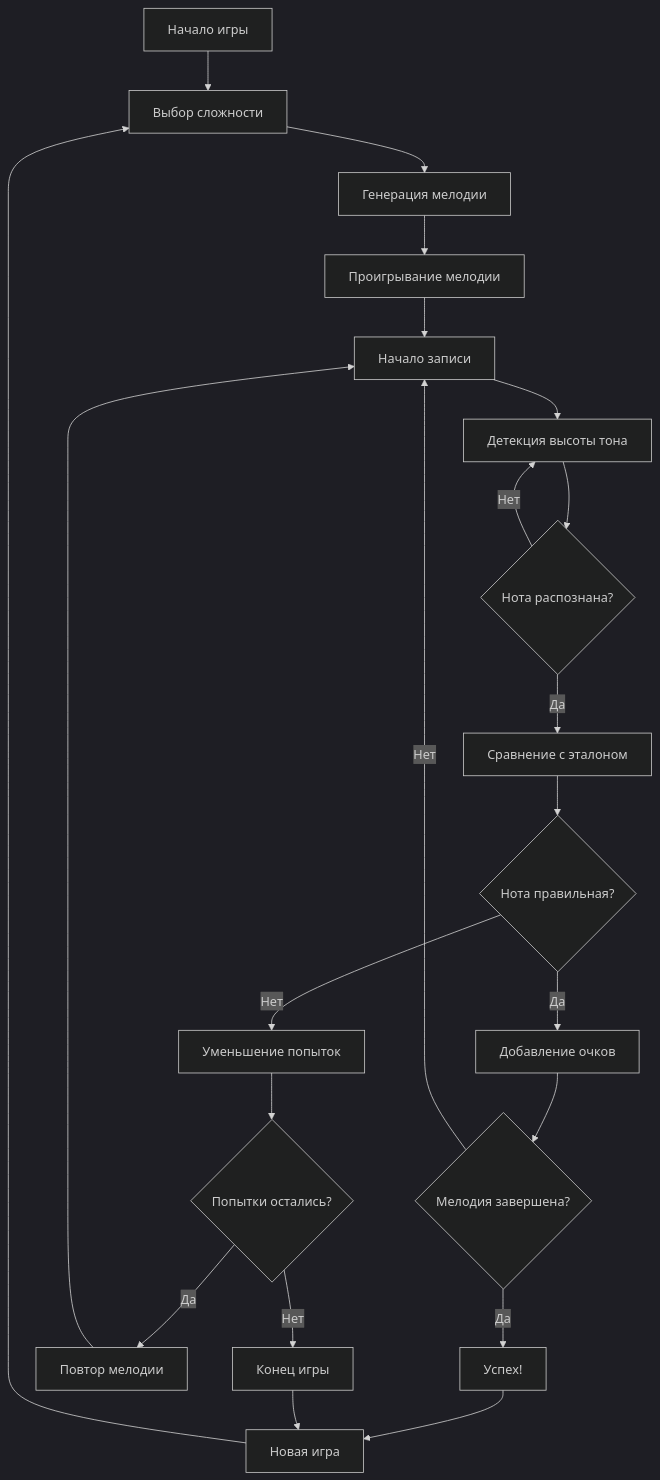
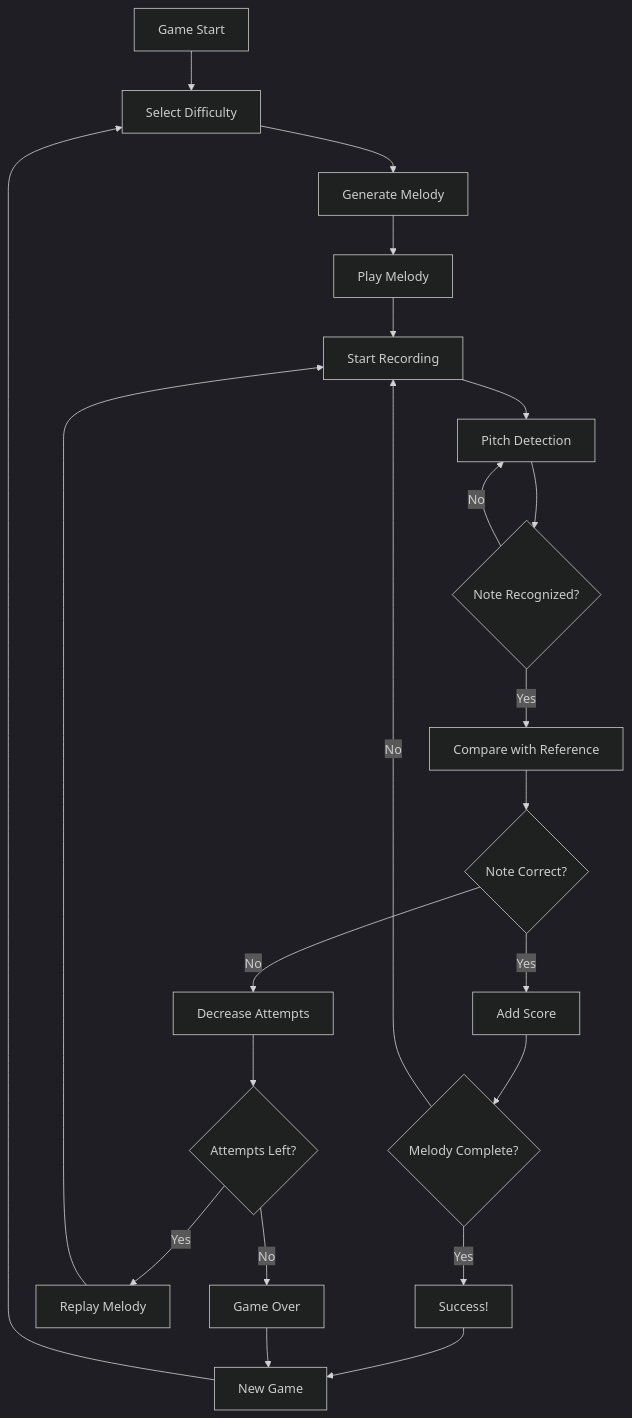
Before and after one commit to dsigitovich/ear-warrior: the third of 7 diagrams in DOCUMENTATION.md, drawn with Mermaid (dark theme). The commit also changed other lines of this file, not shown here.

````diff
--- a/DOCUMENTATION.md
+++ b/DOCUMENTATION.md
@@ -104,24 +104,24 @@
 ```mermaid
 flowchart TD
-    A[Начало игры] --> B[Выбор сложности]
-    B --> C[Генерация мелодии]
-    C --> D[Проигрывание мелодии]
-    D --> E[Начало записи]
-    E --> F[Детекция высоты тона]
-    F --> G{Нота распознана?}
-    G -->|Да| H[Сравнение с эталоном]
-    G -->|Нет| F
-    H --> I{Нота правильная?}
-    I -->|Да| J[Добавление очков]
-    I -->|Нет| K[Уменьшение попыток]
-    J --> L{Мелодия завершена?}
-    L -->|Да| M[Успех!]
-    L -->|Нет| E
-    K --> N{Попытки остались?}
-    N -->|Да| O[Повтор мелодии]
-    N -->|Нет| P[Конец игры]
+    A[Game Start] --> B[Select Difficulty]
+    B --> C[Generate Melody]
+    C --> D[Play Melody]
+    D --> E[Start Recording]
+    E --> F[Pitch Detection]
+    F --> G{Note Recognized?}
+    G -->|Yes| H[Compare with Reference]
+    G -->|No| F
+    H --> I{Note Correct?}
+    I -->|Yes| J[Add Score]
+    I -->|No| K[Decrease Attempts]
+    J --> L{Melody Complete?}
+    L -->|Yes| M[Success!]
+    L -->|No| E
+    K --> N{Attempts Left?}
+    N -->|Yes| O[Replay Melody]
+    N -->|No| P[Game Over]
     O --> E
-    M --> Q[Новая игра]
+    M --> Q[New Game]
     P --> Q
     Q --> B
 ```
````
